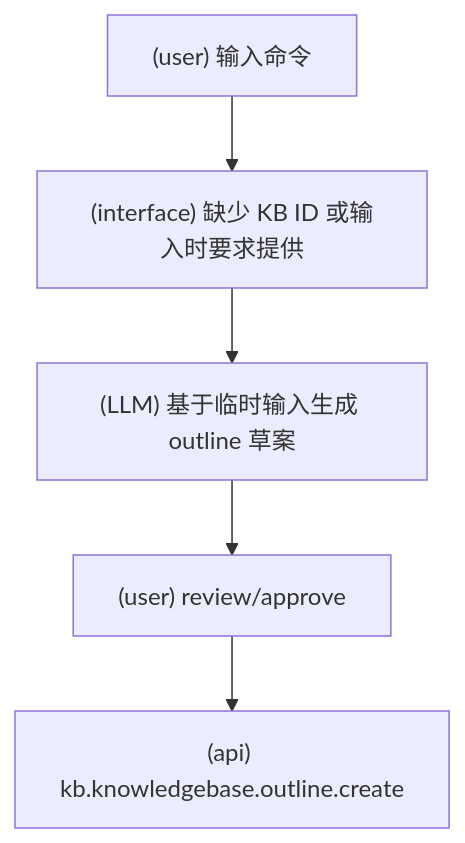
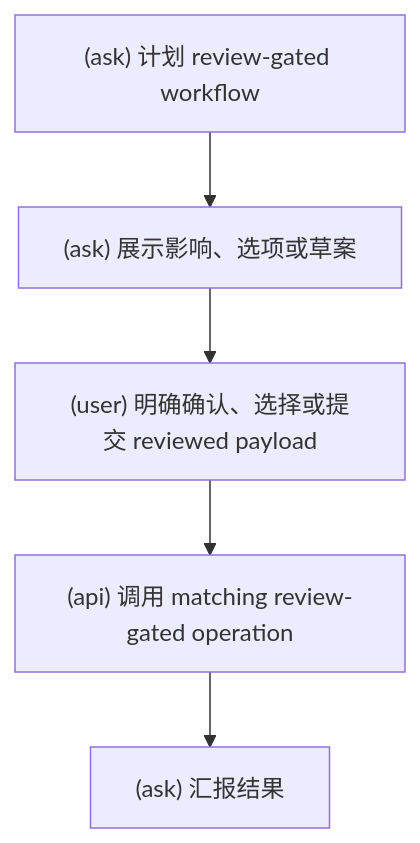
The third of 4 diagrams in docs/SlashCommand流程图.md (srangerme/KBManager), drawn with Mermaid before and after one commit. The commit also changed other lines of this file and 50 other files, not shown here.

````diff
--- a/docs/SlashCommand流程图.md
+++ b/docs/SlashCommand流程图.md
@@ -136,7 +69,7 @@
 ```mermaid
 flowchart TD
-  A["(user) 输入命令"] --> B["(interface) 缺少 KB ID 或输入时要求提供"]
-  B --> C["(LLM) 基于临时输入生成 outline 草案"]
-  C --> D["(user) review/approve"]
-  D --> E["(api) kb.knowledgebase.outline.create"]
+  A["(ask) 计划 review-gated workflow"] --> D["(ask) 展示影响、选项或草案"]
+  D --> E["(user) 明确确认、选择或提交 reviewed payload"]
+  E --> F["(api) 调用 matching review-gated operation"]
+  F --> G["(ask) 汇报结果"]
 ```
````
